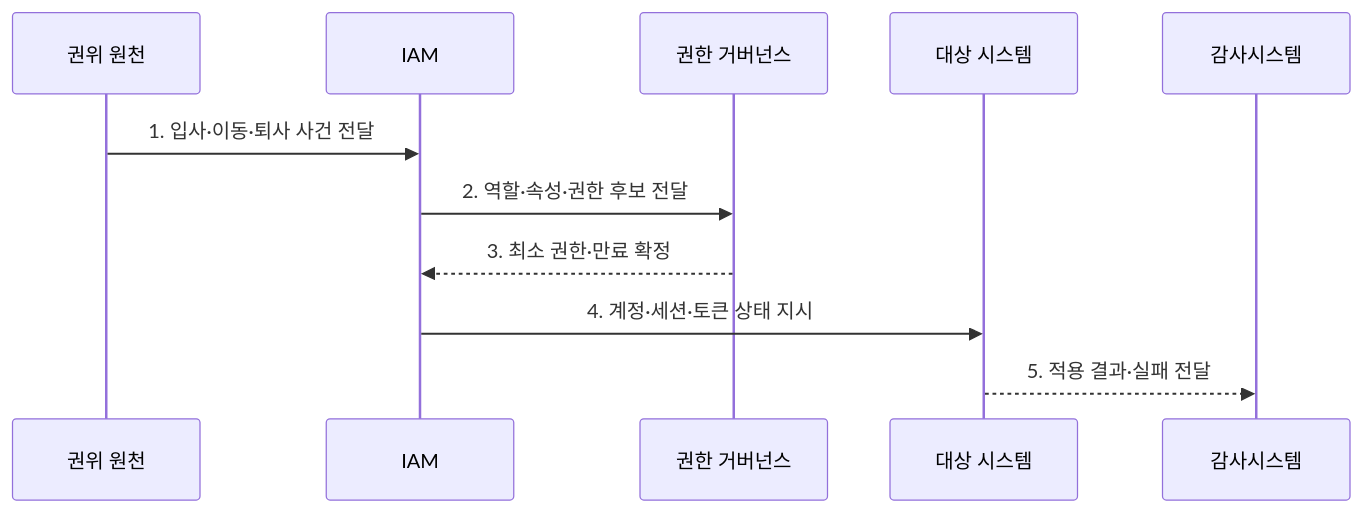
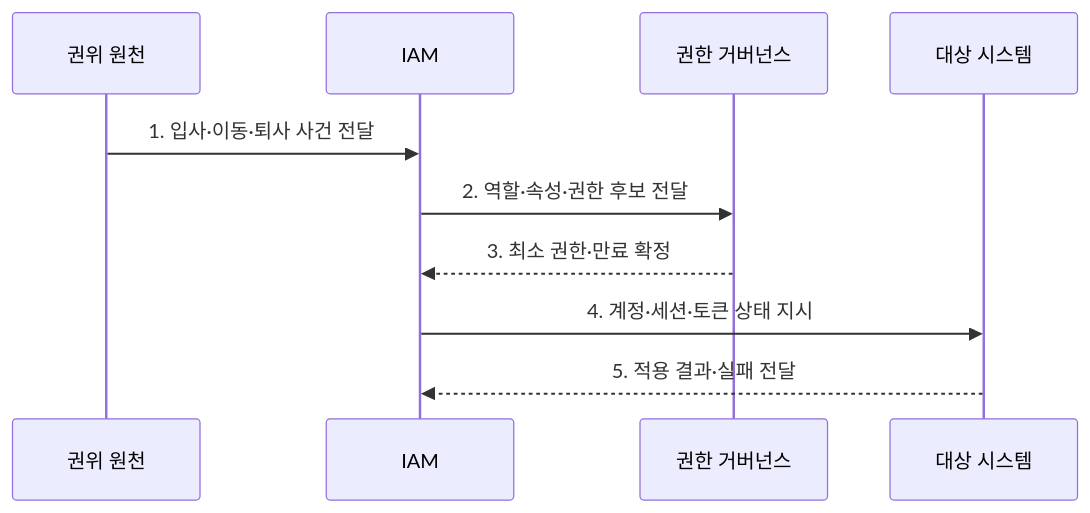
One commit to agnusdei1207/knowledge-base changed the second of 2 diagrams in src/content/docs/notes/05-security/061_iam.md. Above: the diagram before and after it, drawn with Mermaid. The commit also changed 8 other files, not shown here.

Commit message:
Consolidate access control sequence roles

````diff
--- a/src/content/docs/notes/05-security/061_iam.md
+++ b/src/content/docs/notes/05-security/061_iam.md
@@ -100,13 +100,12 @@
 ```mermaid
 sequenceDiagram
     participant H as 권위 원천
     participant I as IAM
     participant G as 권한 거버넌스
     participant S as 대상 시스템
-    participant 감사시스템
     H->>I: 1. 입사·이동·퇴사 사건 전달
     I->>G: 2. 역할·속성·권한 후보 전달
     G-->>I: 3. 최소 권한·만료 확정
     I->>S: 4. 계정·세션·토큰 상태 지시
-    S-->>감사시스템: 5. 적용 결과·실패 전달
+    S-->>I: 5. 적용 결과·실패 전달
 ```
````
